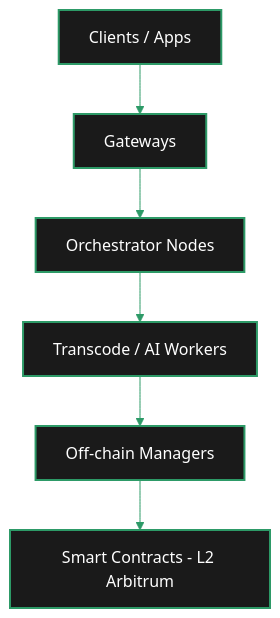
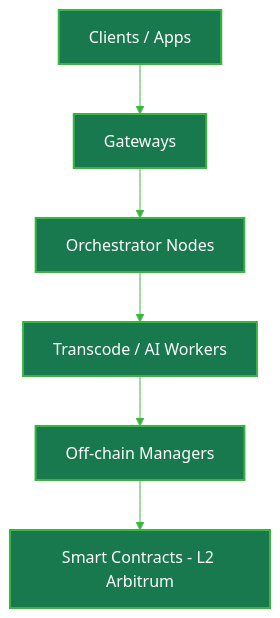
The second of 3 diagrams in v2/about/protocol/technical-architecture.mdx (livepeer/docs), drawn with Mermaid before and after one commit. The commit also changed other lines of this file and 2359 other files, not shown here.

````diff
--- a/v2/about/protocol/technical-architecture.mdx
+++ b/v2/about/protocol/technical-architecture.mdx
@@ -118,10 +120,10 @@
 ```mermaid
-%%{init: {'theme': 'base', 'themeVariables': { 'primaryColor': '#1a1a1a', 'primaryTextColor': '#fff', 'primaryBorderColor': '#2d9a67', 'lineColor': '#2d9a67', 'secondaryColor': '#0d0d0d', 'tertiaryColor': '#1a1a1a', 'background': '#0d0d0d', 'fontFamily': 'system-ui', 'clusterBkg': 'rgba(255,255,255,0.05)', 'clusterBorder': '#2d9a67' }}}%%
+%%{init: {'theme': 'base', 'themeVariables': {'primaryColor': '#18794E', 'primaryTextColor': '#fff', 'primaryBorderColor': '#3CB540', 'lineColor': '#3CB540', 'mainBkg': '#18794E', 'nodeBorder': '#3CB540', 'clusterBkg': 'transparent', 'clusterBorder': '#3CB540', 'titleColor': '#3CB540', 'edgeLabelBackground': 'transparent', 'textColor': '#3CB540', 'nodeTextColor': '#fff'}}}%%
 graph TD
     classDef default stroke-width:2px
     A[Clients / Apps] --> B[Gateways]
     B --> C[Orchestrator Nodes]
     C --> D[Transcode / AI Workers]
     D --> E[Off-chain Managers]
     E --> F[Smart Contracts - L2 Arbitrum]
 ```
````
